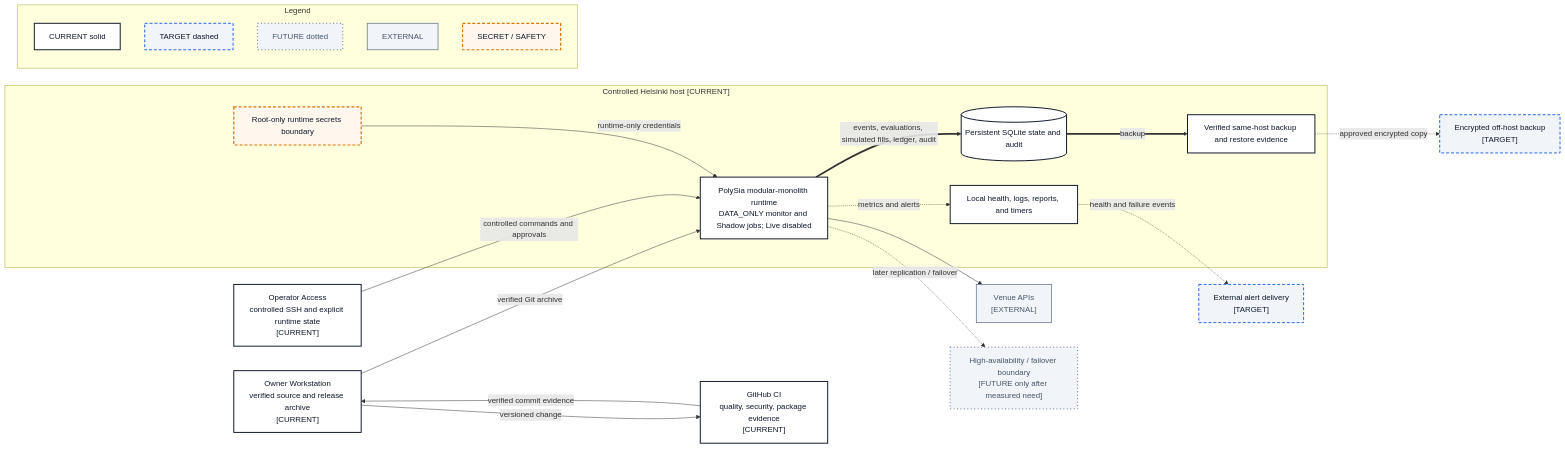
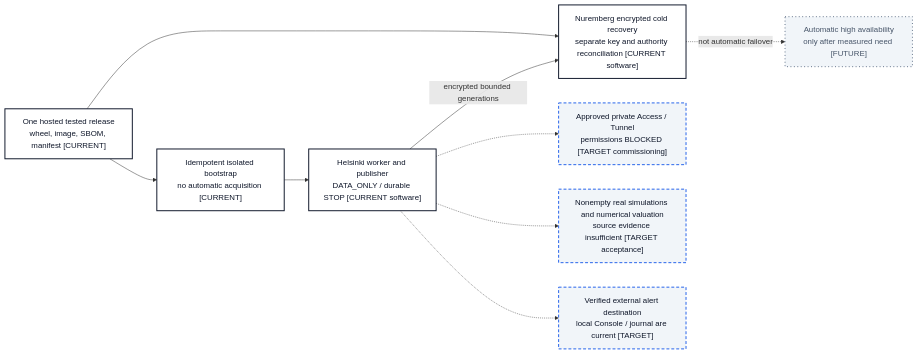
The diagram in docs/04-architecture/visual-system/sources/14-target-deployment-view.mmd (PolySia-Systems/Platform), drawn with Mermaid before and after one commit. The commit also changed 96 other files, not shown here.

First line of the commit message:
feat(platform): add independent bounded Shadow operations and Console

```diff
--- a/docs/04-architecture/visual-system/sources/14-target-deployment-view.mmd
+++ b/docs/04-architecture/visual-system/sources/14-target-deployment-view.mmd
@@ -1,44 +1,22 @@
 flowchart LR
-  Developer["Owner Workstation\nverified source and release archive\n[CURRENT]"]:::current
-  Operator["Operator Access\ncontrolled SSH and explicit runtime state\n[CURRENT]"]:::current
-  CI["GitHub CI\nquality, security, package evidence\n[CURRENT]"]:::current
-
-  subgraph HOST["Controlled Helsinki host [CURRENT]"]
-    Runtime["PolySia modular-monolith runtime\nDATA_ONLY monitor and Shadow jobs; Live disabled"]:::current
-    SecretStore["Root-only runtime secrets boundary"]:::risk
-    Database[("Persistent SQLite state and audit")]:::current
-    Monitor["Local health, logs, reports, and timers"]:::current
-    Backup["Verified same-host backup and restore evidence"]:::current
-  end
-
-  Venue["Venue APIs\n[EXTERNAL]"]:::external
-  OffHost["Encrypted off-host backup\n[TARGET]"]:::target
-  Alerts["External alert delivery\n[TARGET]"]:::target
-  HA["High-availability / failover boundary\n[FUTURE only after measured need]"]:::future
-
-  Developer -->|versioned change| CI
-  CI -->|verified commit evidence| Developer
-  Developer -->|verified Git archive| Runtime
-  Operator -->|controlled commands and approvals| Runtime
-  SecretStore -->|runtime-only credentials| Runtime
-  Runtime ==>|events, evaluations, simulated fills, ledger, audit| Database
-  Runtime -.->|metrics and alerts| Monitor
-  Database ==>|backup| Backup
-  Backup -.->|approved encrypted copy| OffHost
-  Monitor -.->|health and failure events| Alerts
-  Runtime --> Venue
-  Runtime -.->|later replication / failover| HA
-
-  subgraph LEGEND["Legend"]
-    L1["CURRENT solid"]:::current
-    L2["TARGET dashed"]:::target
-    L3["FUTURE dotted"]:::future
-    L4["EXTERNAL"]:::external
-    L5["SECRET / SAFETY"]:::risk
-  end
-
+  Artifact["One hosted tested release\nwheel, image, SBOM, manifest [CURRENT]"]:::current
+  Install["Idempotent isolated bootstrap\nno automatic acquisition [CURRENT]"]:::current
+  Primary["Helsinki worker and publisher\nDATA_ONLY / durable STOP [CURRENT software]"]:::current
+  Recovery["Nuremberg encrypted cold recovery\nseparate key and authority reconciliation [CURRENT software]"]:::current
+  Access["Approved private Access / Tunnel\npermissions BLOCKED [TARGET commissioning]"]:::target
+  Useful["Nonempty real simulations and numerical valuation\nsource evidence insufficient [TARGET acceptance]"]:::target
+  Alerts["Verified external alert destination\nlocal Console / journal are current [TARGET]"]:::target
+  HA["Automatic high availability\nonly after measured need [FUTURE]"]:::future
+  Artifact --> Install
+  Install --> Primary
+  Artifact --> Recovery
+  Primary -->|encrypted bounded generations| Recovery
+  Primary -.-> Access
+  Primary -.-> Useful
+  Primary -.-> Alerts
+  Recovery -.->|not automatic failover| HA
   classDef current fill:#FFFFFF,stroke:#0F172A,stroke-width:2px,color:#0F172A;
   classDef target fill:#F1F5F9,stroke:#2563EB,stroke-width:2px,stroke-dasharray:6 4,color:#0F172A;
+  classDef external fill:#F1F5F9,stroke:#64748B,stroke-width:1.5px,color:#475569;
+  classDef risk fill:#FFF7ED,stroke:#D97706,stroke-width:2px,color:#0F172A;
   classDef future fill:#F1F5F9,stroke:#64748B,stroke-width:2px,stroke-dasharray:2 5,color:#475569;
-  classDef external fill:#F1F5F9,stroke:#64748B,stroke-width:1.5px,color:#475569;
-  classDef risk fill:#FFF7ED,stroke:#D97706,stroke-width:2.5px,stroke-dasharray:6 4,color:#0F172A;
```
